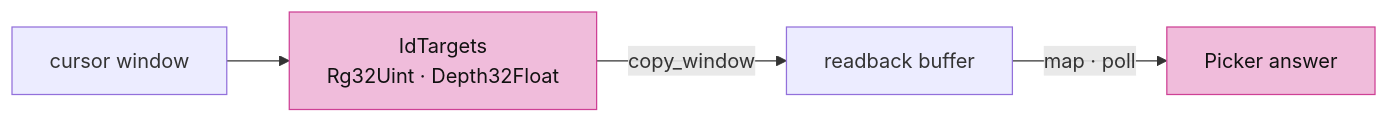
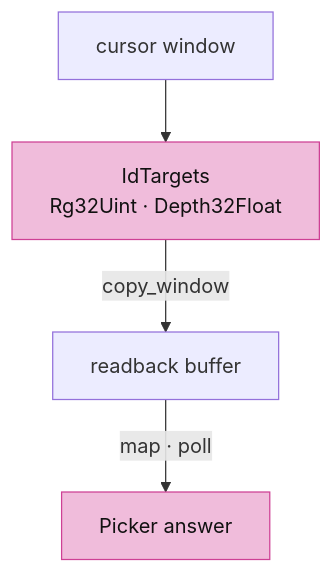
Before and after one commit to petrasvestartas/session: diagram 12 of 19 in session_viewer/docs/12-picking.md, drawn with Mermaid. The commit also changed other lines of this file and 34 other files, not shown here.

First line of the commit message:
Course: each lesson teaches its file's final form; diagrams fit the column

````diff
--- a/session_viewer/docs/12-picking.md
+++ b/session_viewer/docs/12-picking.md
@@ -260,6 +260,8 @@
 ```mermaid
-flowchart LR
-    C["cursor window"] --> T["IdTargets<br/>Rg32Uint · Depth32Float"] -- "copy_window" --> B["readback buffer"] -- "map · poll" --> P["Picker answer"]
+flowchart TB
+    C["cursor window"] --> T["IdTargets<br/>Rg32Uint · Depth32Float"]
+    T -- "copy_window" --> B["readback buffer"]
+    B -- "map · poll" --> P["Picker answer"]
     style T fill:#f0bcdb,stroke:#ce4095,color:#111
     style P fill:#f0bcdb,stroke:#ce4095,color:#111
 ```
````
